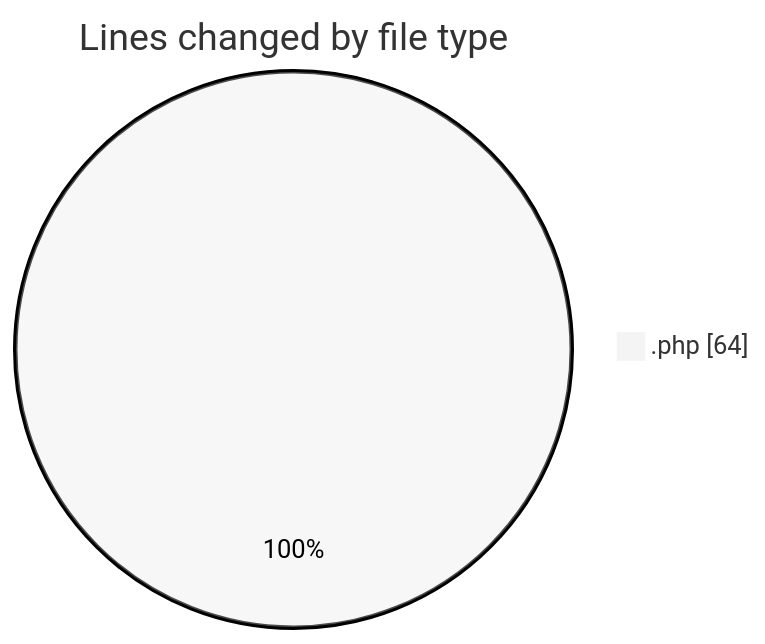
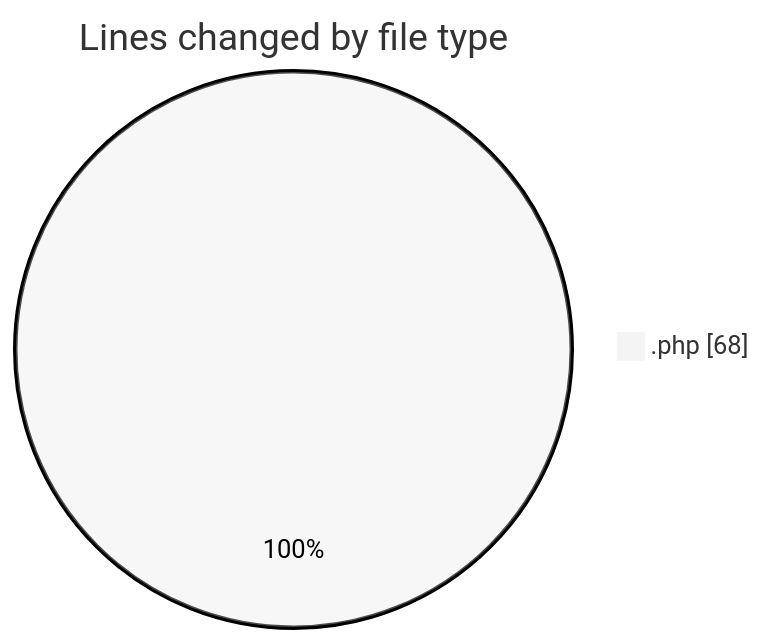
Before and after one commit to idhammustaqopulfikri/code-tracking: the first of 2 diagrams in 2025-06-09/studio-backend/README.md, drawn with Mermaid (neutral theme). The commit also changed other lines of this file and 1 other file, not shown here.

````diff
--- a/2025-06-09/studio-backend/README.md
+++ b/2025-06-09/studio-backend/README.md
@@ -20,5 +20,5 @@
 ```mermaid
 pie showData
 title Lines changed by file type
-".php" : 64
+".php" : 68
 ```
````
